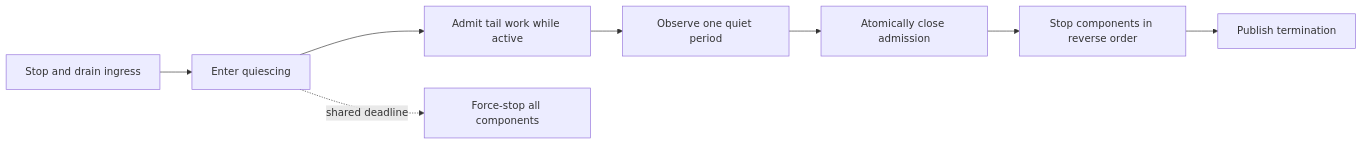
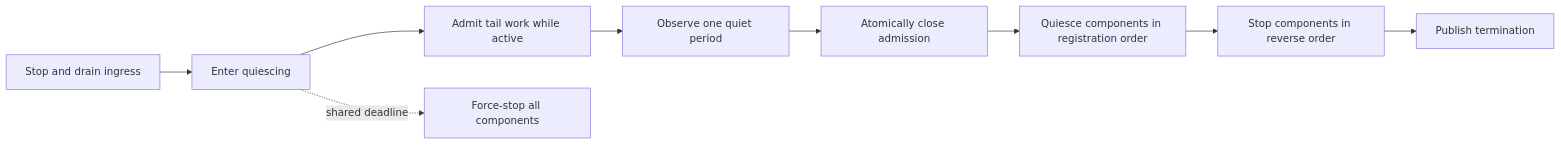
One commit to Ahoo-Wang/Wow changed the fourth of 4 diagrams in document/design/2026-07-28-runtime-orchestration.md. Above: the diagram before and after it, drawn with Mermaid. The commit also changed other lines of this file and 46 other files, not shown here.

````diff
--- a/document/design/2026-07-28-runtime-orchestration.md
+++ b/document/design/2026-07-28-runtime-orchestration.md
@@ -103,10 +106,11 @@
 ```mermaid
 flowchart LR
   I["Stop and drain ingress"] --> Q["Enter quiescing"]
   Q --> A["Admit tail work while active"]
   A --> W["Observe one quiet period"]
   W --> C["Atomically close admission"]
-  C --> D["Stop components in reverse order"]
+  C --> X["Quiesce components in registration order"]
+  X --> D["Stop components in reverse order"]
   D --> T["Publish termination"]
   Q -. "shared deadline" .-> F["Force-stop all components"]
 ```
````
